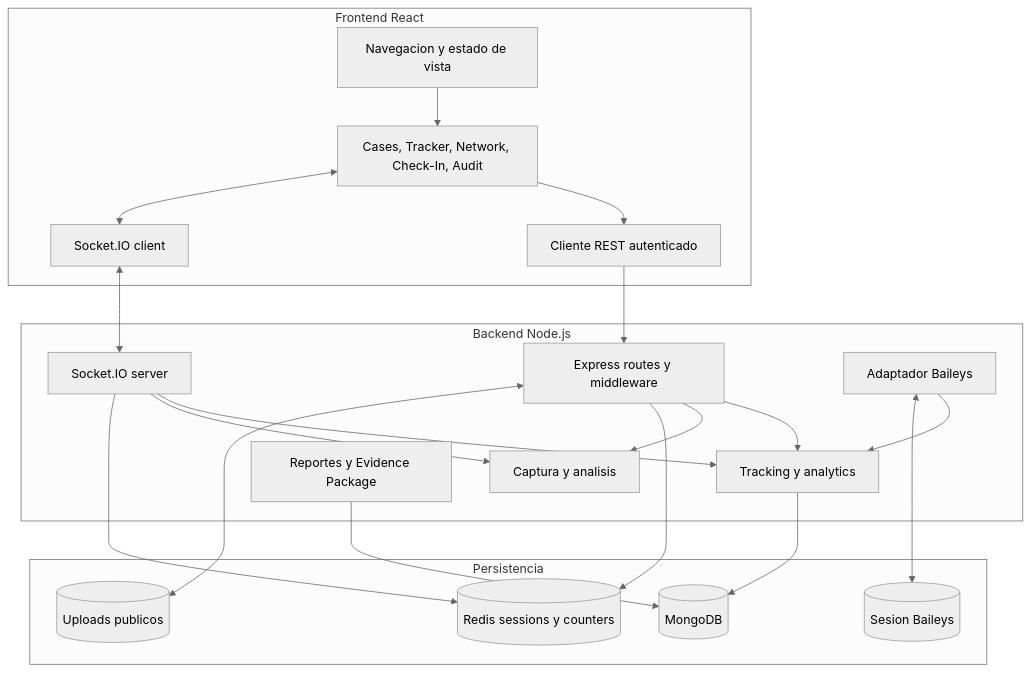
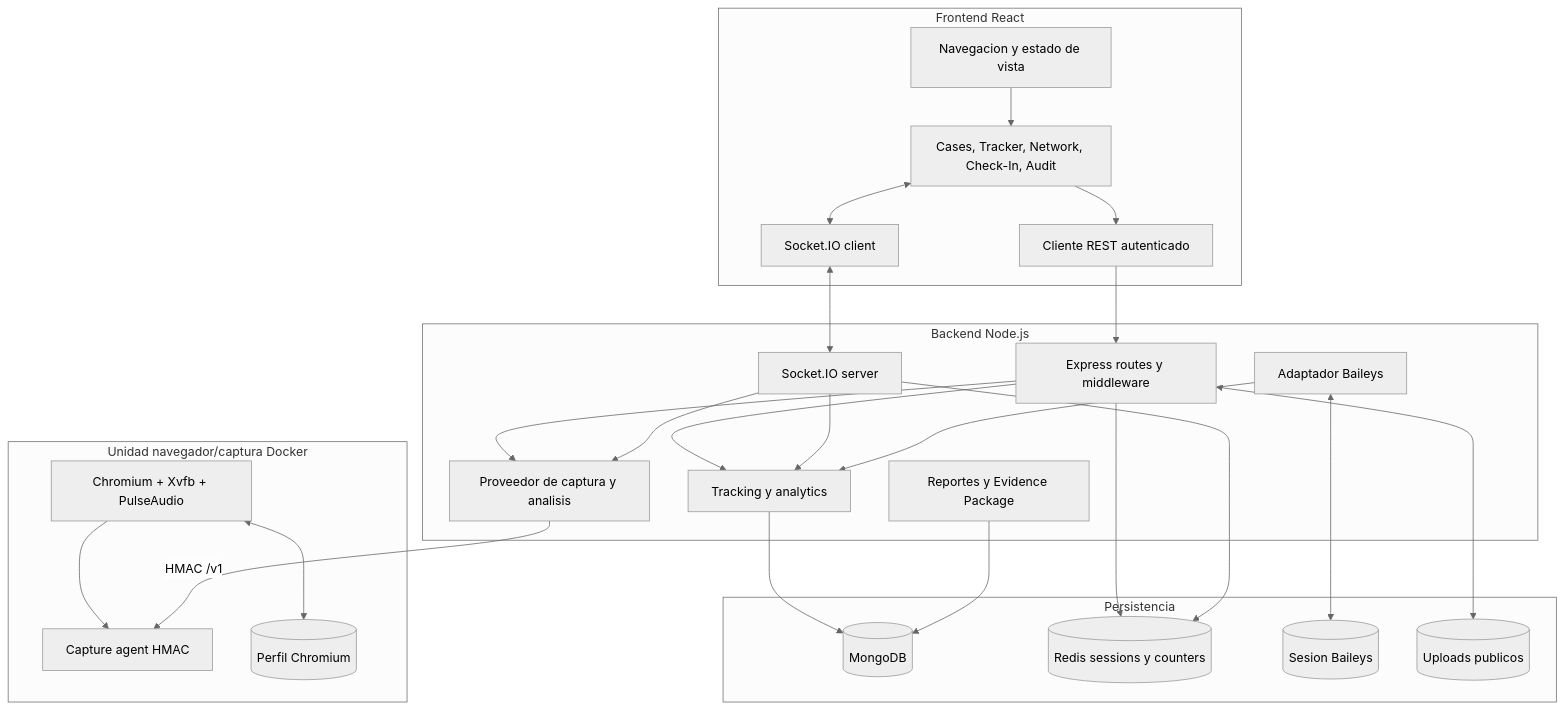
One commit to deco31416/wp-monitor changed the diagram in docs/diagrams/02-container-view.md. Above: the diagram before and after it, drawn with Mermaid (neutral theme). The commit also changed other lines of this file and 74 other files, not shown here.

````diff
--- a/docs/diagrams/02-container-view.md
+++ b/docs/diagrams/02-container-view.md
@@ -7,40 +7,49 @@
 ```mermaid
 flowchart TB
     subgraph Client[Frontend React]
       Navigation[Navegacion y estado de vista]
       Screens[Cases, Tracker, Network, Check-In, Audit]
       Http[Cliente REST autenticado]
       SocketClient[Socket.IO client]
     end
 
     subgraph API[Backend Node.js]
       Express[Express routes y middleware]
       SocketServer[Socket.IO server]
       Baileys[Adaptador Baileys]
       Tracking[Tracking y analytics]
-      Capture[Captura y analisis]
+      CaptureService[Proveedor de captura y analisis]
       Reporting[Reportes y Evidence Package]
+    end
+
+    subgraph BrowserUnit[Unidad navegador/captura Docker]
+      Browser[Chromium + Xvfb + PulseAudio]
+      Agent[Capture agent HMAC]
+      Profile[(Perfil Chromium)]
+      Browser <--> Profile
+      Browser --> Agent
     end
 
     subgraph Persistence[Persistencia]
       Mongo[(MongoDB)]
       Redis[(Redis sessions y counters)]
       Session[(Sesion Baileys)]
       Uploads[(Uploads publicos)]
     end
 
     Navigation --> Screens
     Screens --> Http --> Express
     Screens <--> SocketClient <--> SocketServer
     Express --> Tracking
     SocketServer --> Tracking
-    Express --> Capture
-    SocketServer --> Capture
+    Express --> CaptureService
+    SocketServer --> CaptureService
+    CaptureService -->|HMAC /v1| Agent
     Baileys --> Tracking
     Tracking --> Mongo
     Express --> Redis
     SocketServer --> Redis
     Reporting --> Mongo
     Baileys <--> Session
     Express <--> Uploads
 ```
````
